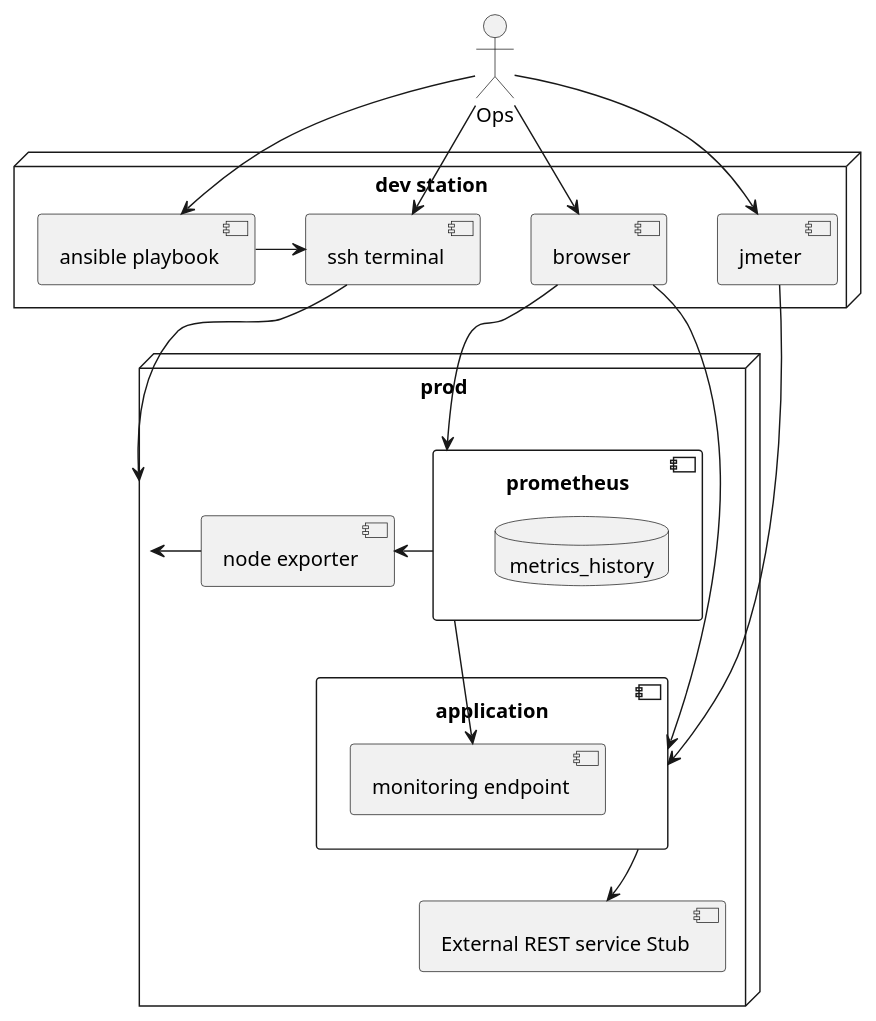
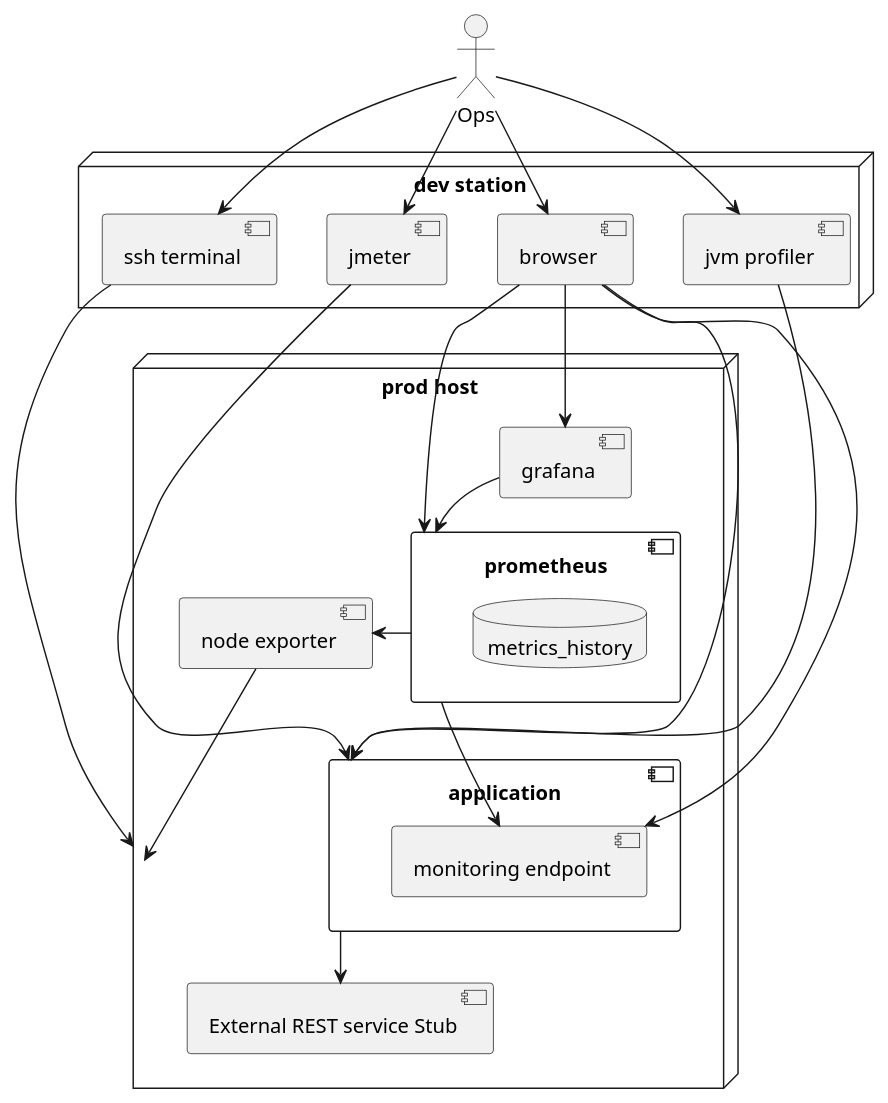
Before and after one commit to zdvpr/java-application-monitoring-and-troubleshooting: the second of 2 diagrams in README.md, drawn with PlantUML. The commit also changed other lines of this file, not shown here.

Commit message:
Update monitoring infrastructure overview.

````diff
--- a/README.md
+++ b/README.md
@@ -356,42 +356,45 @@
 ```puml
 @startuml
 node "dev station" as devstation {
  [ssh terminal] as terminal
- [ansible playbook] as ansible
  [browser]
  [jmeter]
-
- ansible -> terminal
+ [jvm profiler] as profiler
 }
 
 actor Ops as ops
-ops --> ansible
+ops --> profiler
 ops --> terminal
 ops --> browser
 ops --> jmeter
 
-node prod {
+node "prod host" as prod {
  [node exporter] as node_exporter
 
  component [application] {
   [monitoring endpoint] as monitor
  }
 
  component [prometheus] {
   database metrics_history
  }
+  
+ [grafana] --> prometheus
 
  prometheus --> monitor
  prometheus -> node_exporter
 
  jmeter -> application
- node_exporter -> prod
+ node_exporter --> prod
  
  application --> [External REST service Stub]
 }
 
 terminal --> prod
 browser --> prometheus
 browser --> application
+browser --> grafana
+browser --> monitor
+profiler --> application
 @enduml
 ```
````
